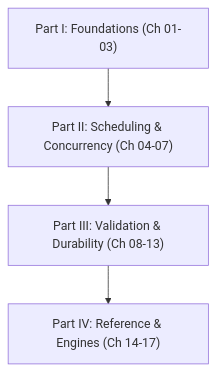
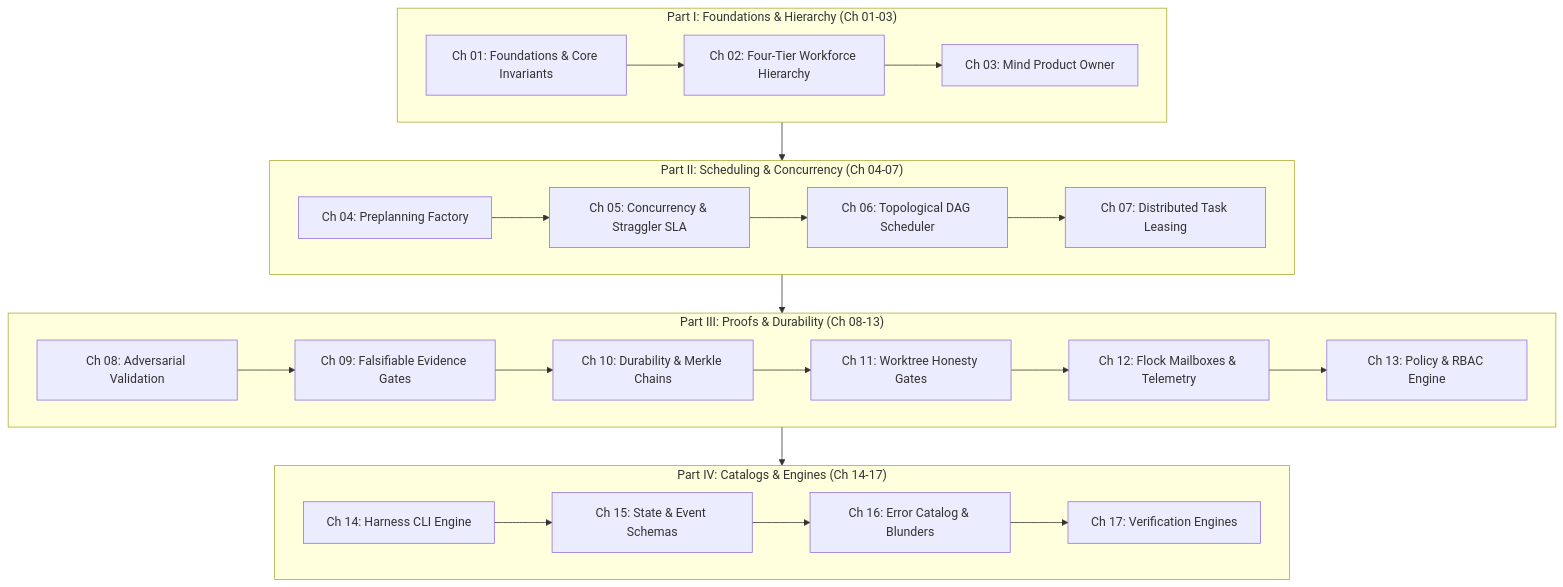
Before and after one commit to onurseckin/skills: the diagram in docs/olt/architecture/index.md, drawn with Mermaid. The commit also changed other lines of this file and 163 other files, not shown here.

Commit message:
feat(olt): complete 7 master initiatives across reporting, doctor, policy, docs, storage and mailboxes

````diff
--- a/docs/olt/architecture/index.md
+++ b/docs/olt/architecture/index.md
@@ -152,6 +152,39 @@
 ```mermaid
 graph TD
-    P1["Part I: Foundations (Ch 01-03)"] --> P2["Part II: Scheduling & Concurrency (Ch 04-07)"]
-    P2 --> P3["Part III: Validation & Durability (Ch 08-13)"]
-    P3 --> P4["Part IV: Reference & Engines (Ch 14-17)"]
+    subgraph PART_1 ["Part I: Foundations & Hierarchy (Ch 01-03)"]
+        CH1["Ch 01: Foundations & Core Invariants"]
+        CH2["Ch 02: Four-Tier Workforce Hierarchy"]
+        CH3["Ch 03: Mind Product Owner"]
+        CH1 --> CH2 --> CH3
+    end
+
+    subgraph PART_2 ["Part II: Scheduling & Concurrency (Ch 04-07)"]
+        CH4["Ch 04: Preplanning Factory"]
+        CH5["Ch 05: Concurrency & Straggler SLA"]
+        CH6["Ch 06: Topological DAG Scheduler"]
+        CH7["Ch 07: Distributed Task Leasing"]
+        CH4 --> CH5 --> CH6 --> CH7
+    end
+
+    subgraph PART_3 ["Part III: Proofs & Durability (Ch 08-13)"]
+        CH8["Ch 08: Adversarial Validation"]
+        CH9["Ch 09: Falsifiable Evidence Gates"]
+        CH10["Ch 10: Durability & Merkle Chains"]
+        CH11["Ch 11: Worktree Honesty Gates"]
+        CH12["Ch 12: Flock Mailboxes & Telemetry"]
+        CH13["Ch 13: Policy & RBAC Engine"]
+        CH8 --> CH9 --> CH10 --> CH11 --> CH12 --> CH13
+    end
+
+    subgraph PART_4 ["Part IV: Catalogs & Engines (Ch 14-17)"]
+        CH14["Ch 14: Harness CLI Engine"]
+        CH15["Ch 15: State & Event Schemas"]
+        CH16["Ch 16: Error Catalog & Blunders"]
+        CH17["Ch 17: Verification Engines"]
+        CH14 --> CH15 --> CH16 --> CH17
+    end
+
+    PART_1 --> PART_2
+    PART_2 --> PART_3
+    PART_3 --> PART_4
 ```
````
